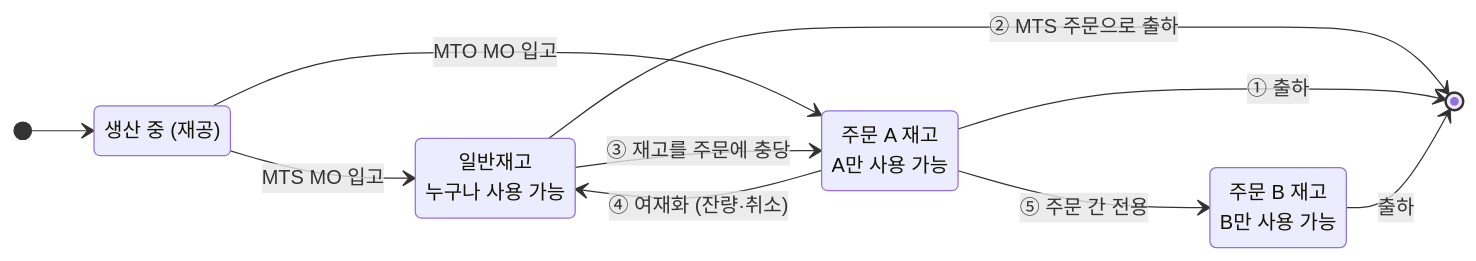
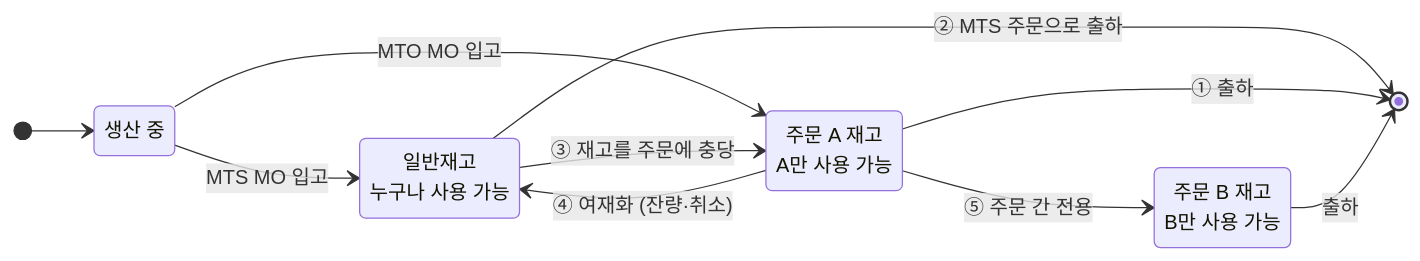
One commit to donseok/mes-to-be-doc changed the eighth of 11 diagrams in docs/mto-mts-hybrid-analysis.md. Above: the diagram before and after it, drawn with Mermaid. The commit also changed other lines of this file and 6 other files, not shown here.

````diff
--- a/docs/mto-mts-hybrid-analysis.md
+++ b/docs/mto-mts-hybrid-analysis.md
@@ -240,17 +276,17 @@
 ```mermaid
 stateDiagram-v2
   direction LR
-  state "생산 중 (재공)" as WIP
+  state "생산 중" as WIP
   state "일반재고<br/>누구나 사용 가능" as FREE
   state "주문 A 재고<br/>A만 사용 가능" as EA
   state "주문 B 재고<br/>B만 사용 가능" as EB
   [*] --> WIP
   WIP --> FREE: MTS MO 입고
   WIP --> EA: MTO MO 입고
   FREE --> EA: ③ 재고를 주문에 충당
   EA --> FREE: ④ 여재화 (잔량·취소)
   EA --> EB: ⑤ 주문 간 전용
   FREE --> [*]: ② MTS 주문으로 출하
   EA --> [*]: ① 출하
   EB --> [*]: 출하
 ```
````
